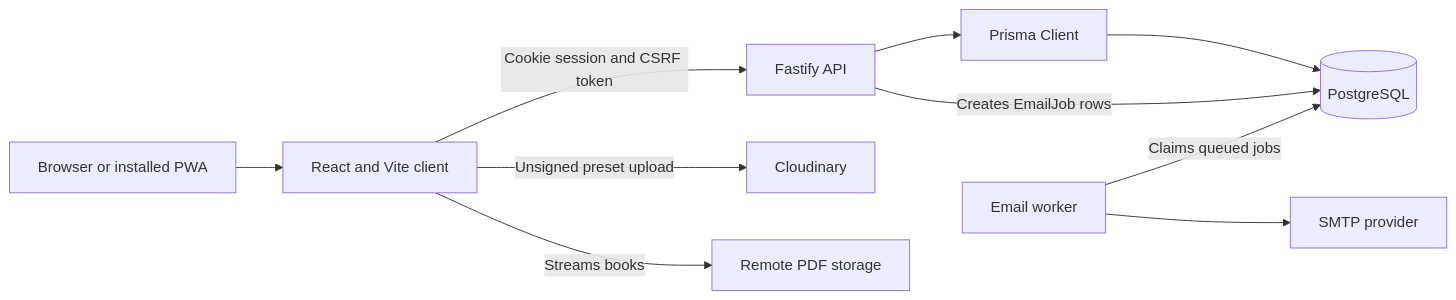
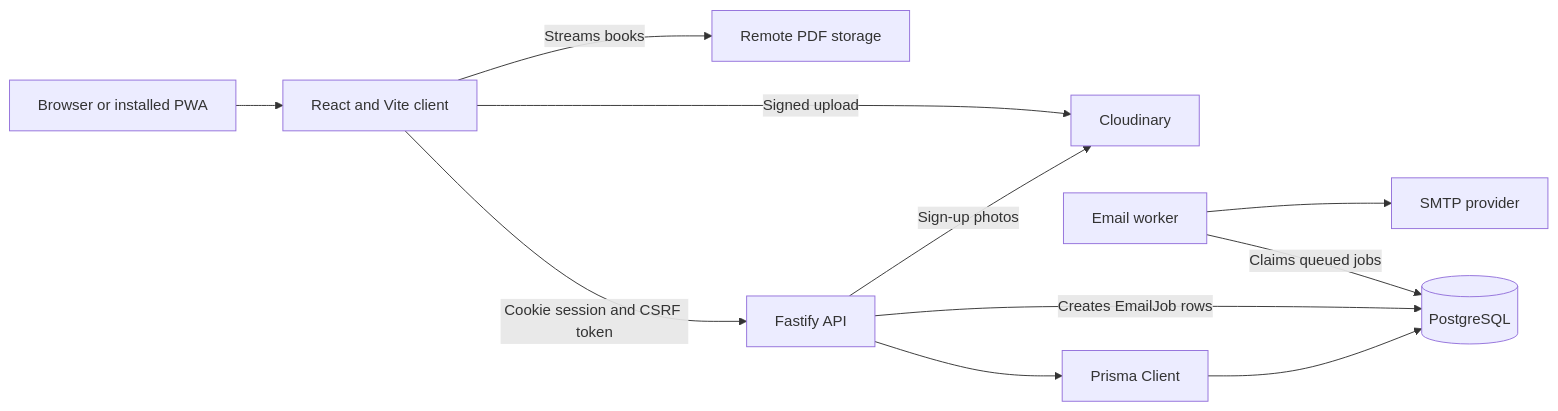
The diagram in README.md (kunalshah017/prangan-manager), drawn with Mermaid before and after one commit. The commit also changed other lines of this file and 21 other files, not shown here.

First line of the commit message:
fix: sign-up photos through the API, sign-up limits, error handler, license and audit fixes

````diff
--- a/README.md
+++ b/README.md
@@ -204,22 +205,23 @@
 ```mermaid
 flowchart LR
     U[Browser or installed PWA]
     C[React and Vite client]
     A[Fastify API]
     P[Prisma Client]
     D[(PostgreSQL)]
     Q[Email worker]
     S[SMTP provider]
     M[Cloudinary]
     B[Remote PDF storage]
 
     U --> C
     C -->|Cookie session and CSRF token| A
     A --> P
     P --> D
     A -->|Creates EmailJob rows| D
     Q -->|Claims queued jobs| D
     Q --> S
-    C -->|Unsigned preset upload| M
+    C -->|Signed upload| M
+    A -->|Sign-up photos| M
     C -->|Streams books| B
 ```
````
